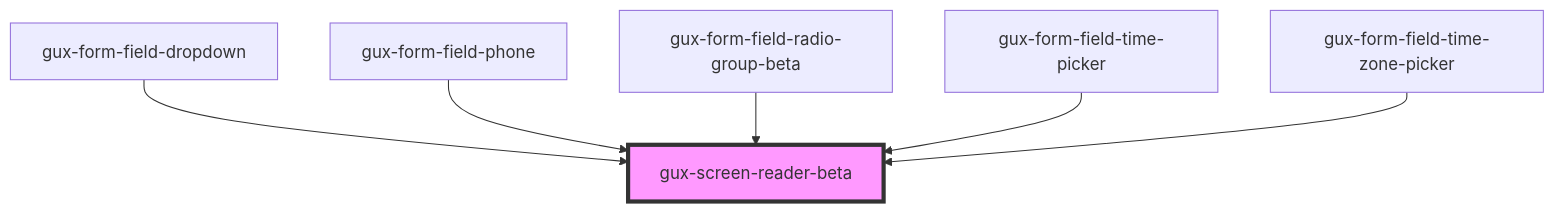
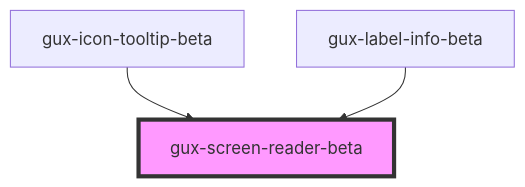
Before and after one commit to MyPureCloud/genesys-spark: the diagram in packages/genesys-spark-components/src/components/beta/gux-screen-reader/readme.md, drawn with Mermaid. The commit also changed other lines of this file and 24 other files, not shown here.

Commit message:
docs(label-info): Update readmes

````diff
--- a/packages/genesys-spark-components/src/components/beta/gux-screen-reader/readme.md
+++ b/packages/genesys-spark-components/src/components/beta/gux-screen-reader/readme.md
@@ -26,9 +23,6 @@
 ```mermaid
 graph TD;
-  gux-form-field-dropdown --> gux-screen-reader-beta
-  gux-form-field-phone --> gux-screen-reader-beta
-  gux-form-field-radio-group-beta --> gux-screen-reader-beta
-  gux-form-field-time-picker --> gux-screen-reader-beta
-  gux-form-field-time-zone-picker --> gux-screen-reader-beta
+  gux-icon-tooltip-beta --> gux-screen-reader-beta
+  gux-label-info-beta --> gux-screen-reader-beta
   style gux-screen-reader-beta fill:#f9f,stroke:#333,stroke-width:4px
 ```
````
